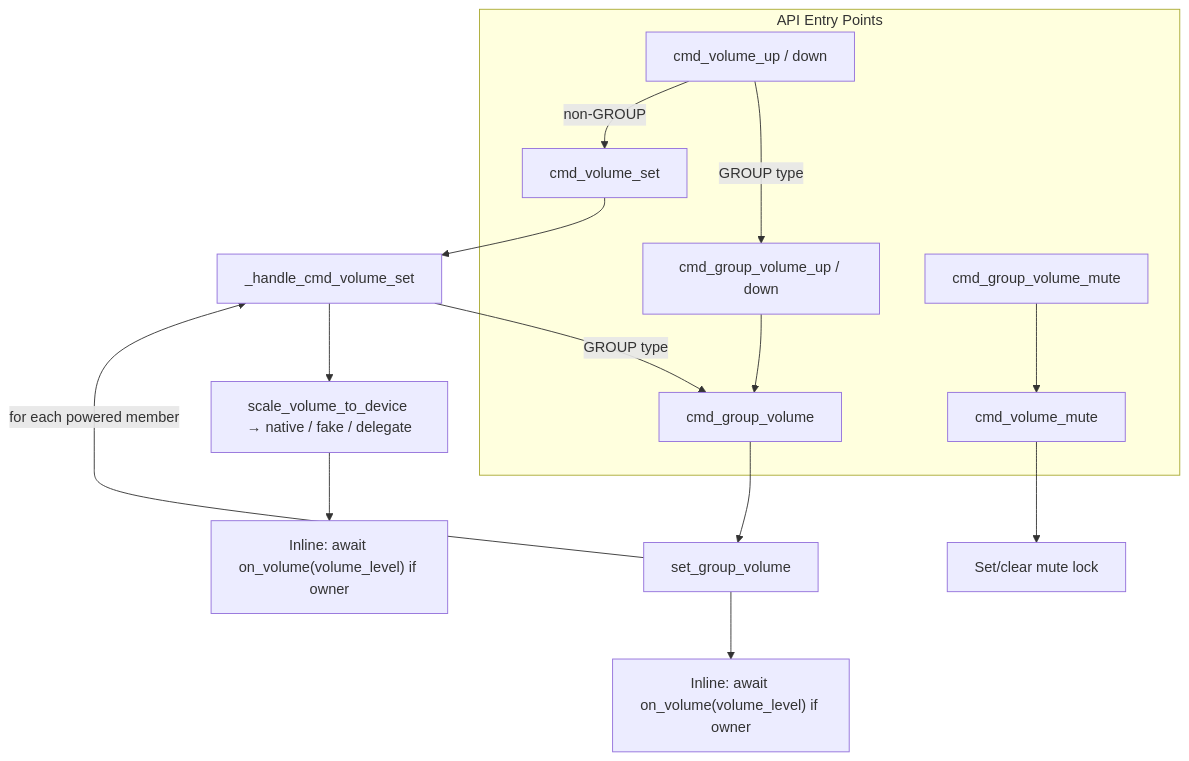
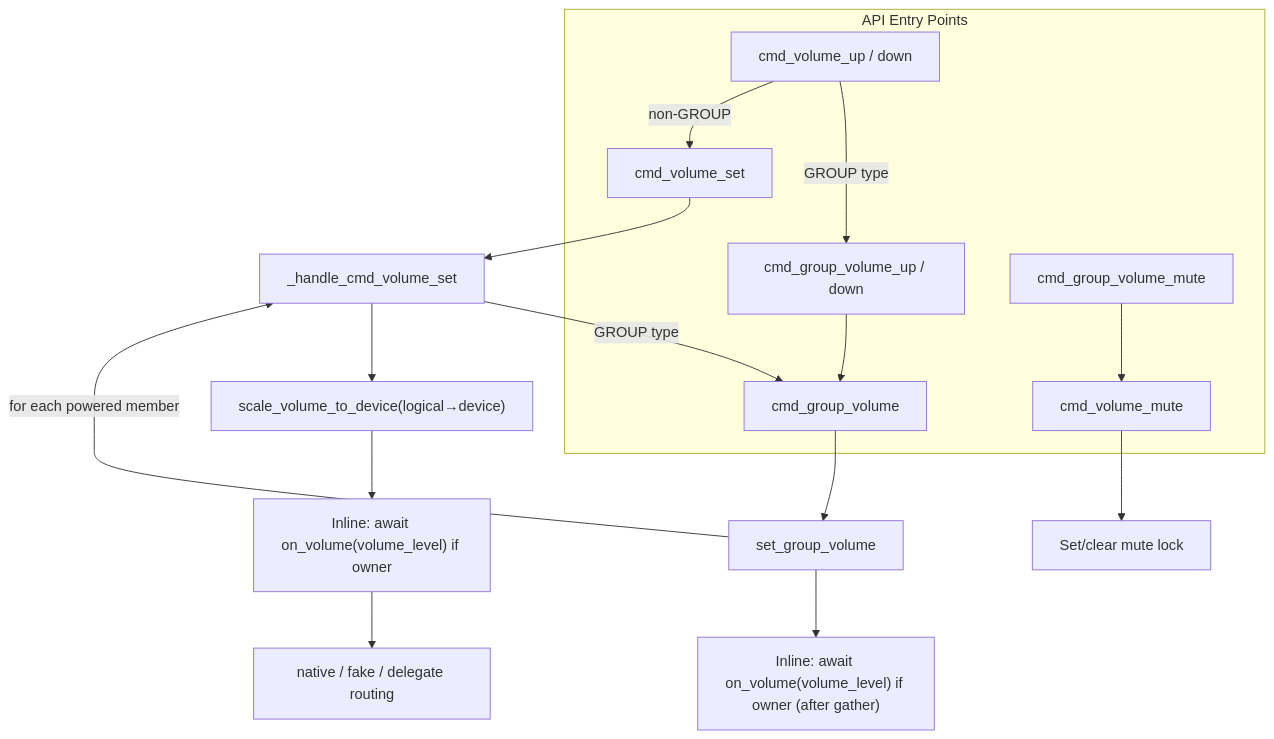
One commit to theturtle32/music-assistant-server changed the second of 2 diagrams in docs/architecture/07-volume.md. Above: the diagram before and after it, drawn with Mermaid. The commit also changed other lines of this file and 1 other file, not shown here.

First line of the commit message:
docs(architecture): Stack 2 — Player controller refresh + volume order-of-ops fix (replaces closed #8) (#15)

````diff
--- a/docs/architecture/07-volume.md
+++ b/docs/architecture/07-volume.md
@@ -253,26 +251,27 @@
 ```mermaid
 flowchart TD
     subgraph "API Entry Points"
         V1[cmd_volume_set]
         V2[cmd_volume_up / down]
         V3[cmd_group_volume]
         V4[cmd_group_volume_up / down]
         V5[cmd_group_volume_mute]
         V6[cmd_volume_mute]
     end
 
     V1 --> HV[_handle_cmd_volume_set]
     V2 -->|GROUP type| V4
     V2 -->|non-GROUP| V1
     V3 --> SGV[set_group_volume]
     V4 --> V3
     V5 --> V6
     V6 --> ML[Set/clear mute lock]
 
     HV -->|GROUP type| V3
-    HV --> VR["scale_volume_to_device → native / fake / delegate"]
-    VR --> PV3["Inline: await on_volume(volume_level) if owner"]
+    HV --> SV["scale_volume_to_device(logical→device)"]
+    SV --> PV3["Inline: await on_volume(volume_level) if owner"]
+    PV3 --> VR["native / fake / delegate routing"]
 
     SGV -->|"for each powered member"| HV
-    SGV --> PV2["Inline: await on_volume(volume_level) if owner"]
+    SGV --> PV2["Inline: await on_volume(volume_level) if owner (after gather)"]
 ```
````
